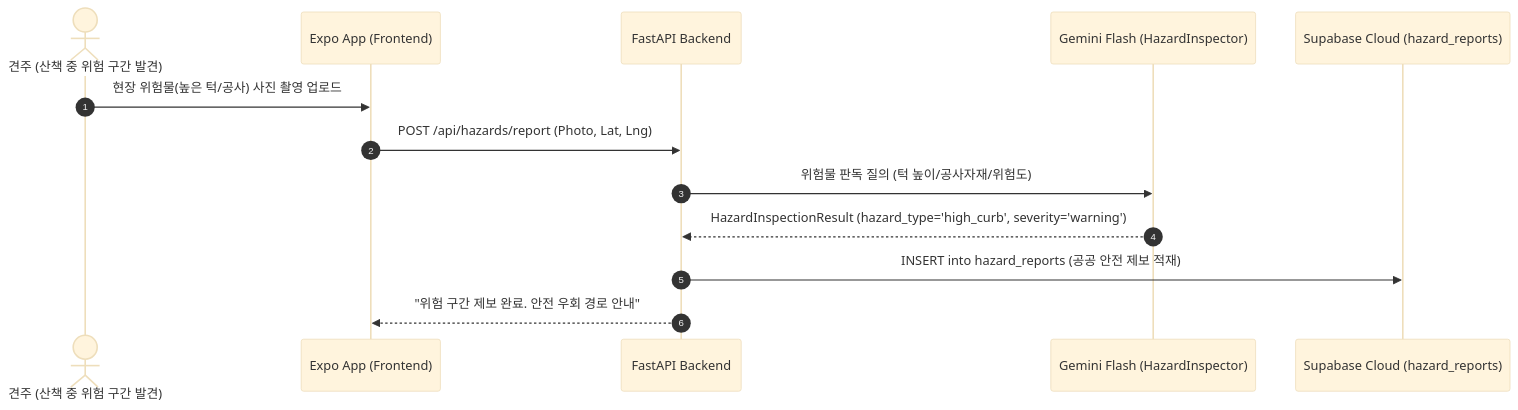
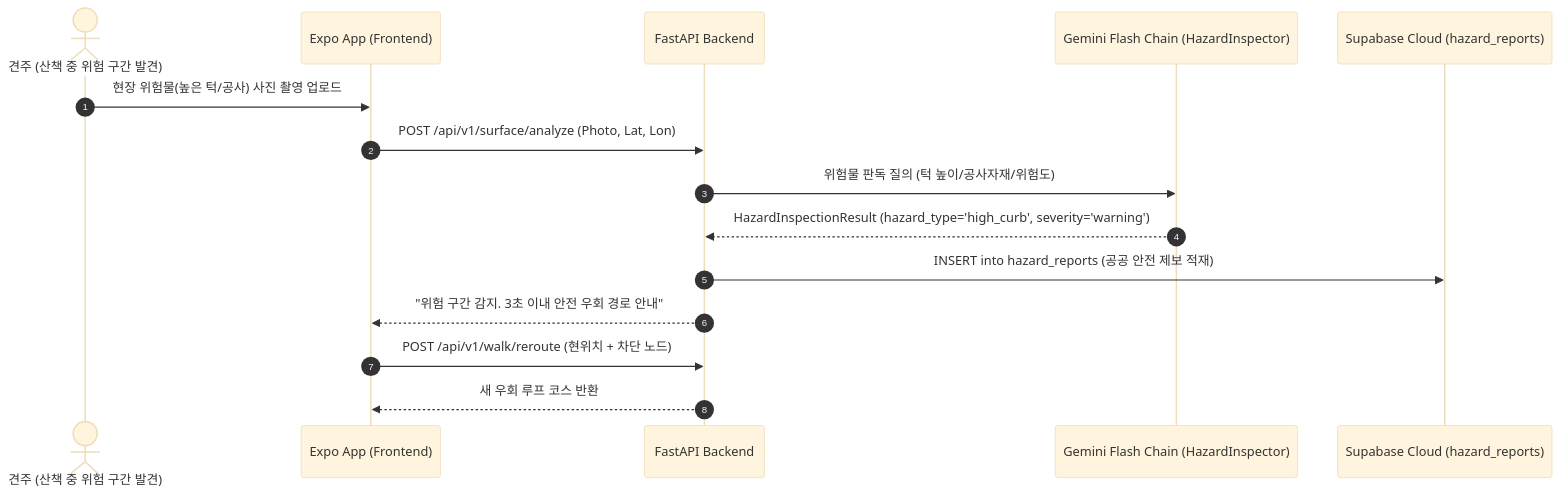
Before and after one commit to gigantess/PawTrail: the fourth of 4 diagrams in docs/04_PawTrail_Architecture_Design.md, drawn with Mermaid (base theme). The commit also changed other lines of this file and 4 other files, not shown here.

````diff
--- a/docs/04_PawTrail_Architecture_Design.md
+++ b/docs/04_PawTrail_Architecture_Design.md
@@ -361,16 +384,18 @@
 ```mermaid
 sequenceDiagram
     autonumber
     actor User as 견주 (산책 중 위험 구간 발견)
     participant Front as Expo App (Frontend)
     participant API as FastAPI Backend
-    participant Vision as Gemini Flash (HazardInspector)
+    participant Vision as Gemini Flash Chain (HazardInspector)
     participant DB as Supabase Cloud (hazard_reports)
 
     User->>Front: 현장 위험물(높은 턱/공사) 사진 촬영 업로드
-    Front->>API: POST /api/hazards/report (Photo, Lat, Lng)
+    Front->>API: POST /api/v1/surface/analyze (Photo, Lat, Lon)
     API->>Vision: 위험물 판독 질의 (턱 높이/공사자재/위험도)
     Vision-->>API: HazardInspectionResult (hazard_type='high_curb', severity='warning')
     API->>DB: INSERT into hazard_reports (공공 안전 제보 적재)
-    API-->>Front: "위험 구간 제보 완료. 안전 우회 경로 안내"
+    API-->>Front: "위험 구간 감지. 3초 이내 안전 우회 경로 안내"
+    Front->>API: POST /api/v1/walk/reroute (현위치 + 차단 노드)
+    API-->>Front: 새 우회 루프 코스 반환
 ```
````
